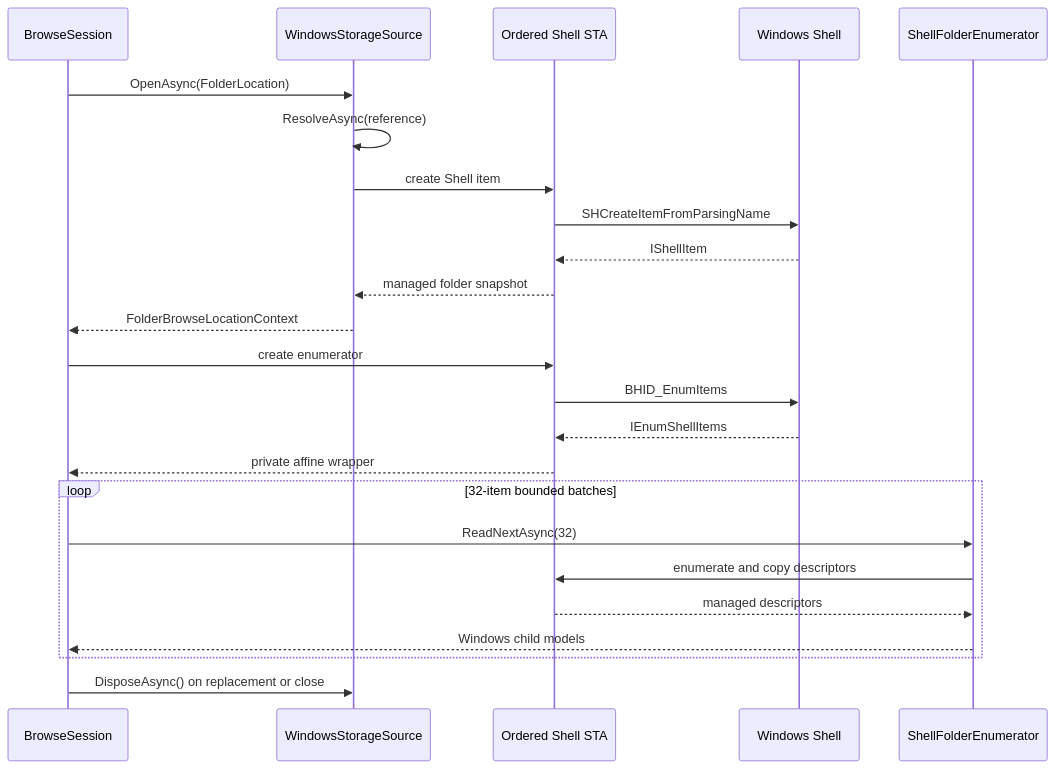
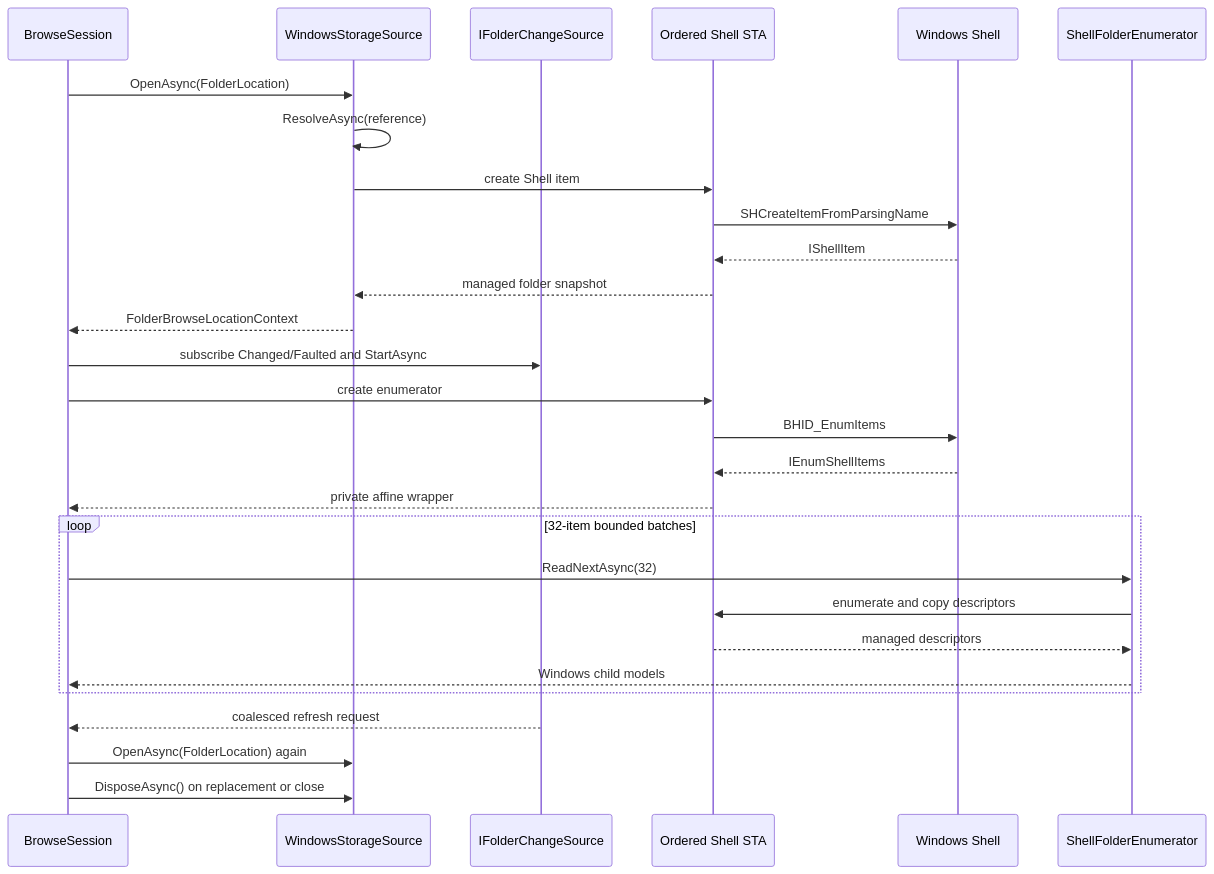
Before and after one commit to 0x5bfa/Files: the sixth of 7 diagrams in docs/architecture/windows-storage.md, drawn with Mermaid. The commit also changed other lines of this file and 4 other files, not shown here.

Commit message:
Connect IFolderChangeSource to BrowseSessionModel

````diff
--- a/docs/architecture/windows-storage.md
+++ b/docs/architecture/windows-storage.md
@@ -174,27 +174,31 @@
 ```mermaid
 sequenceDiagram
     participant Session as BrowseSession
     participant Source as WindowsStorageSource
+    participant Changes as IFolderChangeSource
     participant STA as Ordered Shell STA
     participant Shell as Windows Shell
     participant Enum as ShellFolderEnumerator
 
     Session->>Source: OpenAsync(FolderLocation)
     Source->>Source: ResolveAsync(reference)
     Source->>STA: create Shell item
     STA->>Shell: SHCreateItemFromParsingName
     Shell-->>STA: IShellItem
     STA-->>Source: managed folder snapshot
     Source-->>Session: FolderBrowseLocationContext
+    Session->>Changes: subscribe Changed/Faulted and StartAsync
     Session->>STA: create enumerator
     STA->>Shell: BHID_EnumItems
     Shell-->>STA: IEnumShellItems
     STA-->>Session: private affine wrapper
     loop 32-item bounded batches
         Session->>Enum: ReadNextAsync(32)
         Enum->>STA: enumerate and copy descriptors
         STA-->>Enum: managed descriptors
         Enum-->>Session: Windows child models
     end
+    Changes-->>Session: coalesced refresh request
+    Session->>Source: OpenAsync(FolderLocation) again
     Session->>Source: DisposeAsync() on replacement or close
 ```
````
